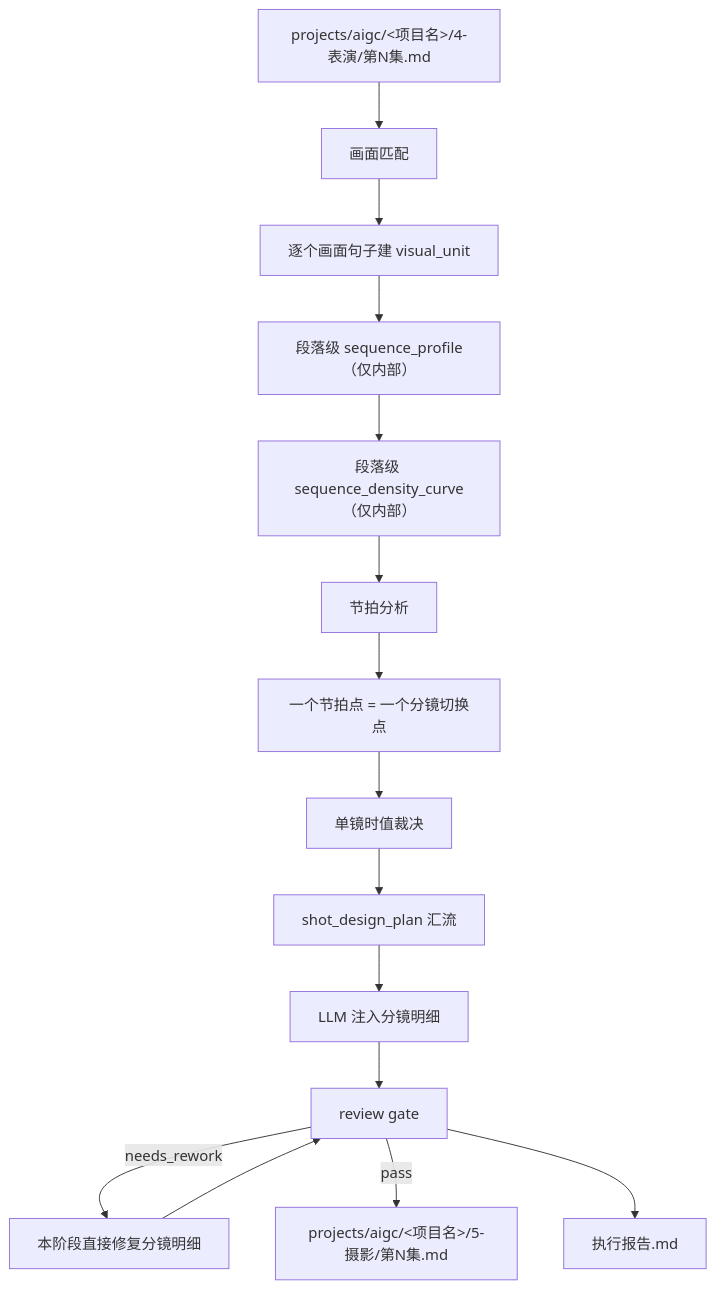
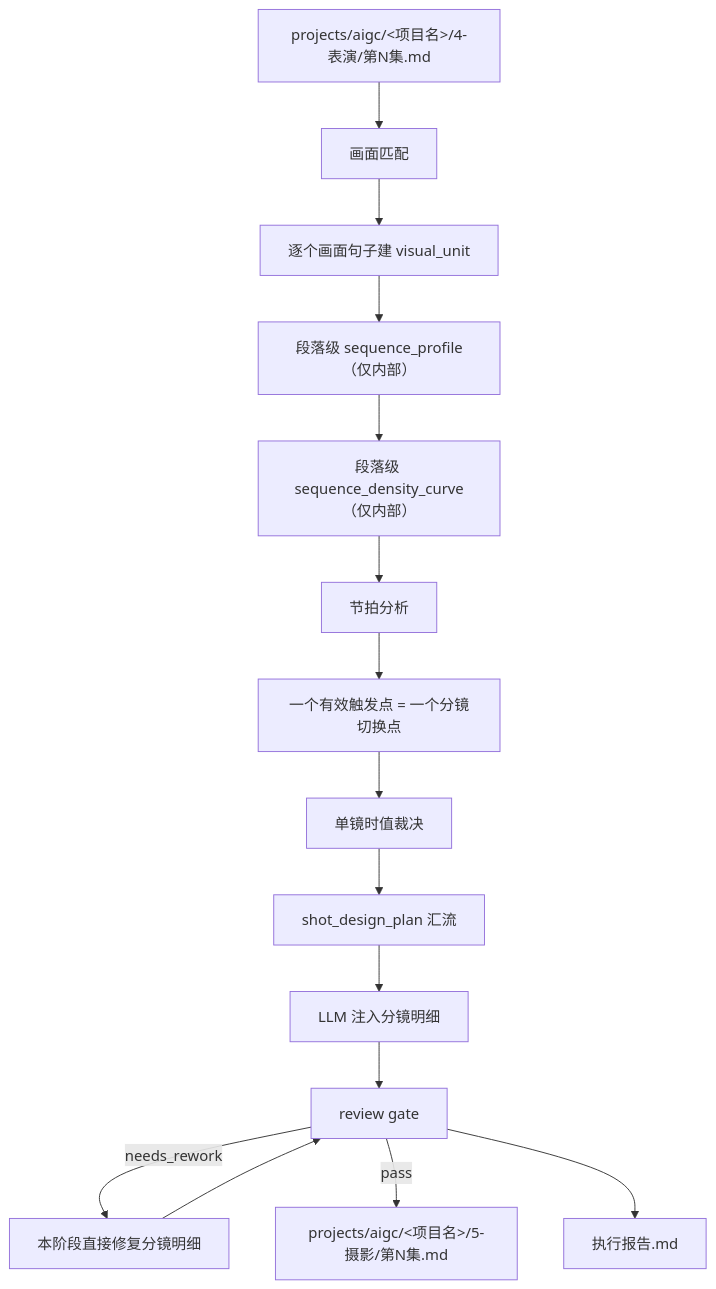
The first of 2 diagrams in .agents/skills/aigc/5-摄影/SKILL.md (ZEN-VOID/AI-CUT), drawn with Mermaid before and after one commit. The commit also changed other lines of this file and 36 other files, not shown here.

````diff
--- a/.agents/skills/aigc/5-摄影/SKILL.md
+++ b/.agents/skills/aigc/5-摄影/SKILL.md
@@ -140,17 +141,17 @@
 ```mermaid
 flowchart TD
     A["projects/aigc/<项目名>/4-表演/第N集.md"] --> B["画面匹配"]
     B --> C["逐个画面句子建 visual_unit"]
     C --> S["段落级 sequence_profile（仅内部）"]
     S --> V["段落级 sequence_density_curve（仅内部）"]
     V --> D["节拍分析"]
-    D --> E["一个节拍点 = 一个分镜切换点"]
+    D --> E["一个有效触发点 = 一个分镜切换点"]
     E --> T["单镜时值裁决"]
     T --> P["shot_design_plan 汇流"]
     P --> F["LLM 注入分镜明细"]
     F --> G["review gate"]
     G -->|"needs_rework"| R["本阶段直接修复分镜明细"]
     R --> G
     G -->|"pass"| H["projects/aigc/<项目名>/5-摄影/第N集.md"]
     G --> I["执行报告.md"]
 ```
````
